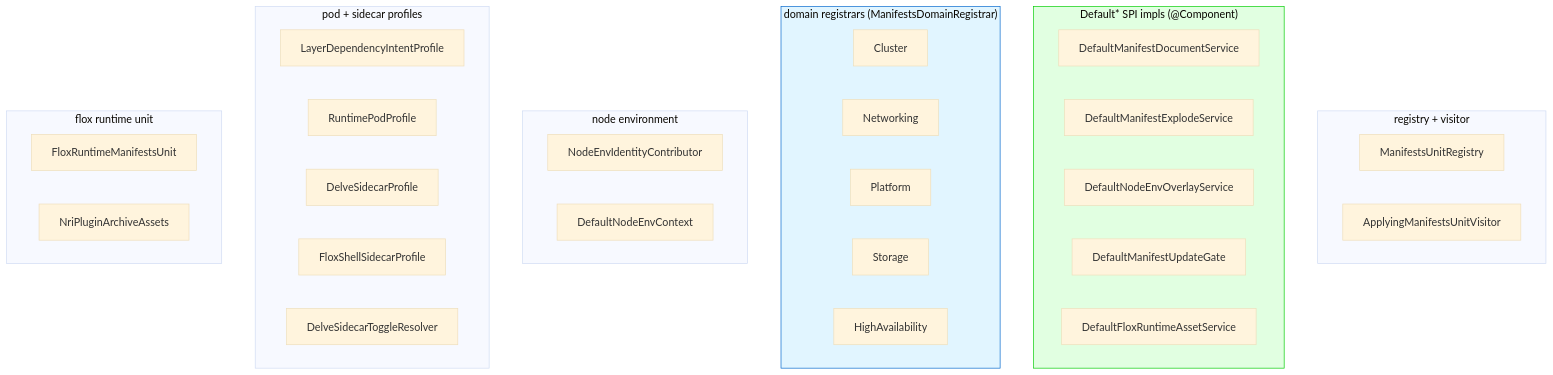
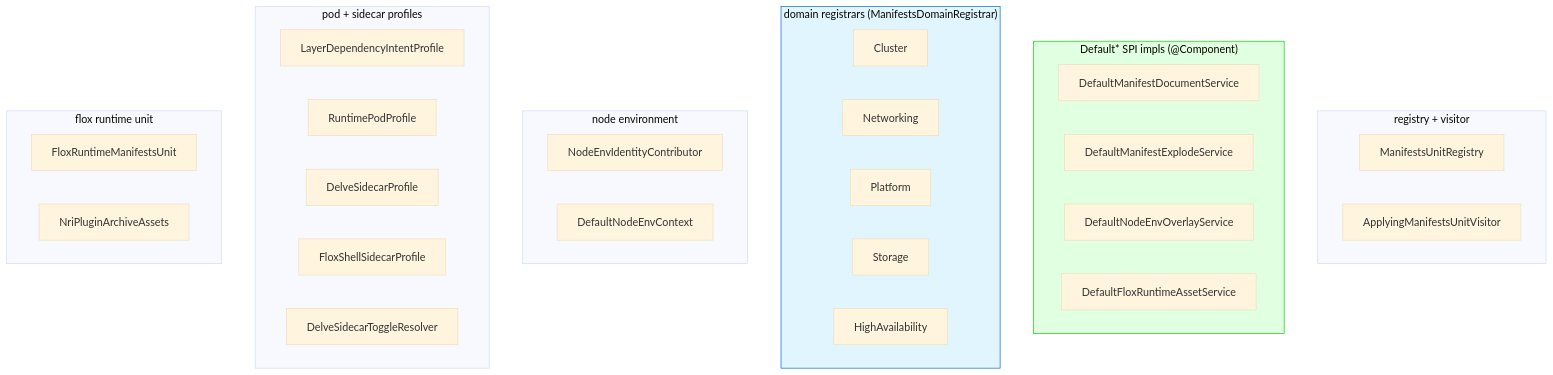
One commit to nxmatic/rke2lab changed the sixth of 6 diagrams in docs/architecture/manifests/manifests-architecture.adoc. Above: the diagram before and after it, drawn with Mermaid (base theme). The commit also changed other lines of this file and 22 other files, not shown here.

```diff
--- a/docs/architecture/manifests/manifests-architecture.adoc
+++ b/docs/architecture/manifests/manifests-architecture.adoc
@@ -643,39 +643,38 @@
 [mermaid]
 ----
 graph TB
     subgraph reg["registry + visitor"]
       RG["ManifestsUnitRegistry"]
       VIS["ApplyingManifestsUnitVisitor"]
     end
     subgraph svc["Default* SPI impls (@Component)"]
       DDOC["DefaultManifestDocumentService"]
       DEXP["DefaultManifestExplodeService"]
       DNEO["DefaultNodeEnvOverlayService"]
-      DGATE["DefaultManifestUpdateGate"]
       DFLOX["DefaultFloxRuntimeAssetService"]
     end
     subgraph regs["domain registrars (ManifestsDomainRegistrar)"]
       RC["Cluster"]
       RN["Networking"]
       RP["Platform"]
       RS["Storage"]
       RH["HighAvailability"]
     end
     subgraph node["node environment"]
       NIC["NodeEnvIdentityContributor"]
       DNEC["DefaultNodeEnvContext"]
     end
     subgraph prof["pod + sidecar profiles"]
       LDIP["LayerDependencyIntentProfile"]
       RPP["RuntimePodProfile"]
       DSP["DelveSidecarProfile"]
       FSSP["FloxShellSidecarProfile"]
       DSTR["DelveSidecarToggleResolver"]
     end
     subgraph flox["flox runtime unit"]
       FRMU["FloxRuntimeManifestsUnit"]
       NRI["NriPluginArchiveAssets"]
     end
     style svc fill:#e1ffe1,stroke:#00cc00
     style regs fill:#e1f5ff,stroke:#0066cc
 ----
```
